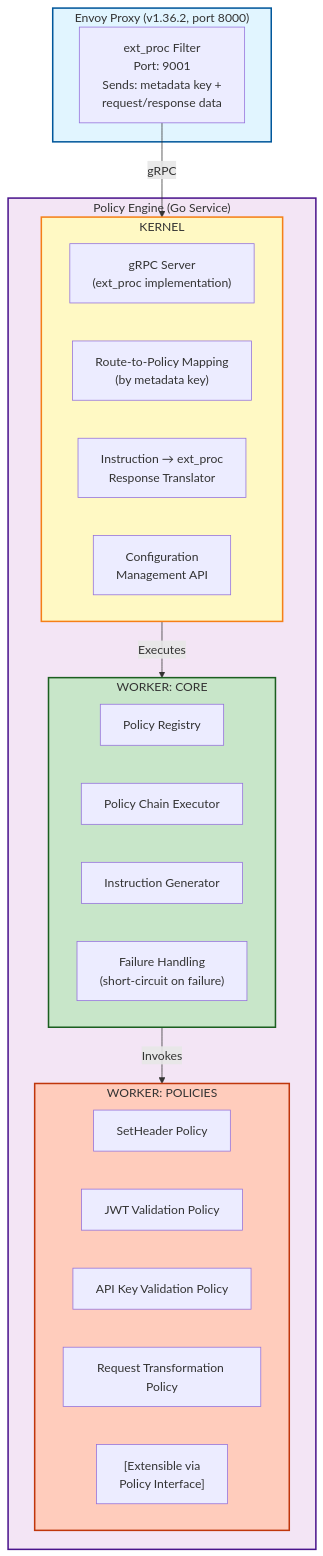
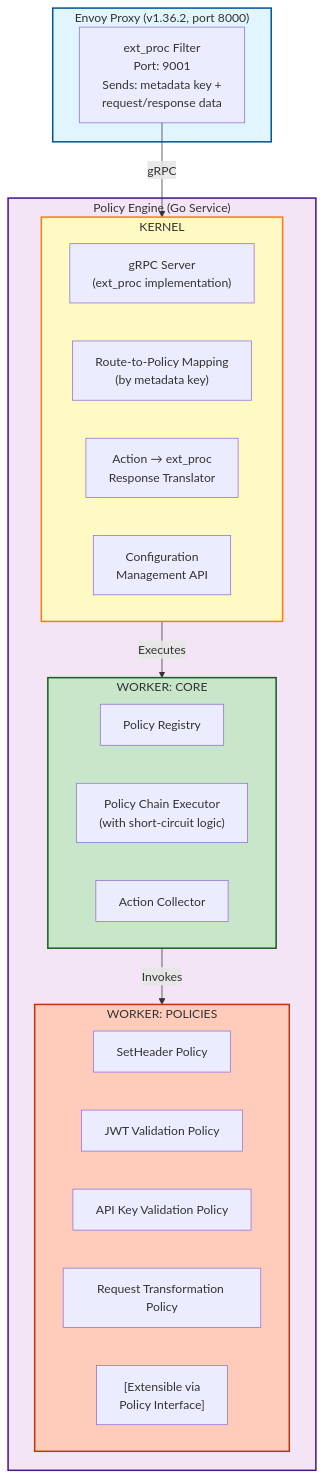
Before and after one commit to wso2/api-platform: the first of 7 diagrams in Spec.md, drawn with Mermaid. The commit also changed other lines of this file, not shown here.

Commit message:
Refactor policy execution to include execution results and metrics for request and response phases

````diff
--- a/Spec.md
+++ b/Spec.md
@@ -25,40 +25,39 @@
 ```mermaid
 graph TB
     subgraph Envoy["Envoy Proxy (v1.36.2, port 8000)"]
         ExtProc["ext_proc Filter<br/>Port: 9001<br/>Sends: metadata key +<br/>request/response data"]
     end
 
     subgraph PolicyEngine["Policy Engine (Go Service)"]
         subgraph Kernel["KERNEL"]
             GRPCServer["gRPC Server<br/>(ext_proc implementation)"]
             Mapper["Route-to-Policy Mapping<br/>(by metadata key)"]
-            Translator["Instruction → ext_proc<br/>Response Translator"]
+            Translator["Action → ext_proc<br/>Response Translator"]
             ConfigAPI["Configuration<br/>Management API"]
         end
 
         subgraph WorkerCore["WORKER: CORE"]
             Registry["Policy Registry"]
-            Executor["Policy Chain Executor"]
-            InstructionGen["Instruction Generator"]
-            FailureHandler["Failure Handling<br/>(short-circuit on failure)"]
+            Executor["Policy Chain Executor<br/>(with short-circuit logic)"]
+            ActionCollector["Action Collector"]
         end
 
         subgraph WorkerPolicies["WORKER: POLICIES"]
             SetHeader["SetHeader Policy"]
             JWT["JWT Validation Policy"]
             APIKey["API Key Validation Policy"]
             Transform["Request Transformation Policy"]
             Extensible["[Extensible via<br/>Policy Interface]"]
         end
     end
 
     ExtProc -->|"gRPC"| Kernel
     Kernel -->|"Executes"| WorkerCore
     WorkerCore -->|"Invokes"| WorkerPolicies
 
     style Envoy fill:#e1f5ff,stroke:#01579b,stroke-width:2px
     style PolicyEngine fill:#f3e5f5,stroke:#4a148c,stroke-width:2px
     style Kernel fill:#fff9c4,stroke:#f57f17,stroke-width:2px
     style WorkerCore fill:#c8e6c9,stroke:#1b5e20,stroke-width:2px
     style WorkerPolicies fill:#ffccbc,stroke:#bf360c,stroke-width:2px
 ```
````
